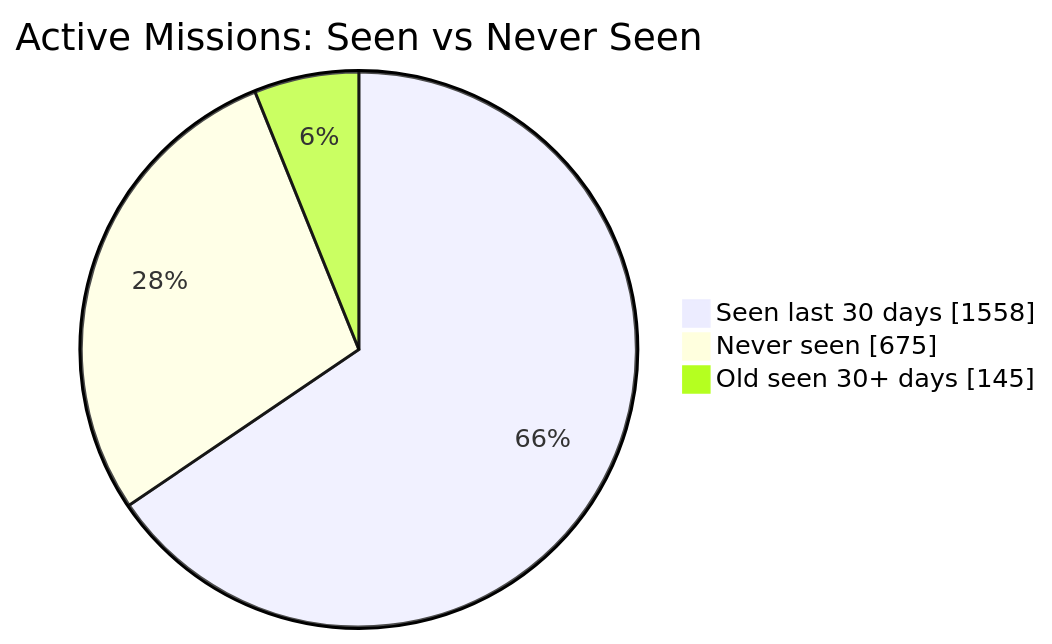
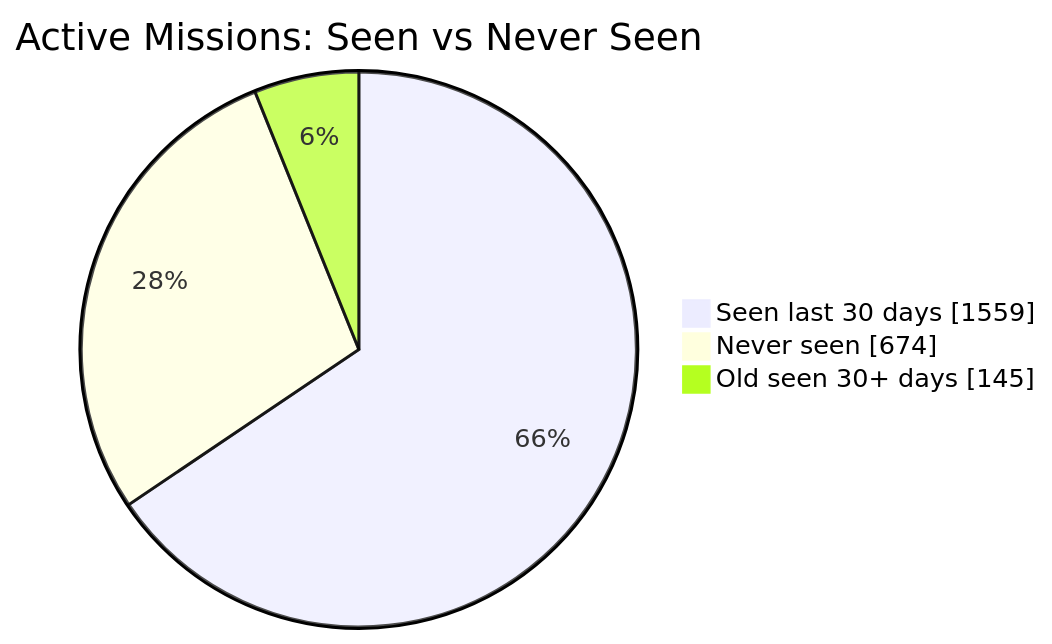
One commit to MeldkamerspelGameTeam/active-missions changed the first of 2 diagrams in README.md. Above: the diagram before and after it, drawn with Mermaid. The commit also changed other lines of this file and 3 other files, not shown here.

````diff
--- a/README.md
+++ b/README.md
@@ -34,7 +34,7 @@
 ```mermaid
 pie showData
     title Active Missions: Seen vs Never Seen
-    "Seen last 30 days" : 1558
-    "Never seen" : 675
+    "Seen last 30 days" : 1559
+    "Never seen" : 674
     "Old seen 30+ days" : 145
 ```
````
